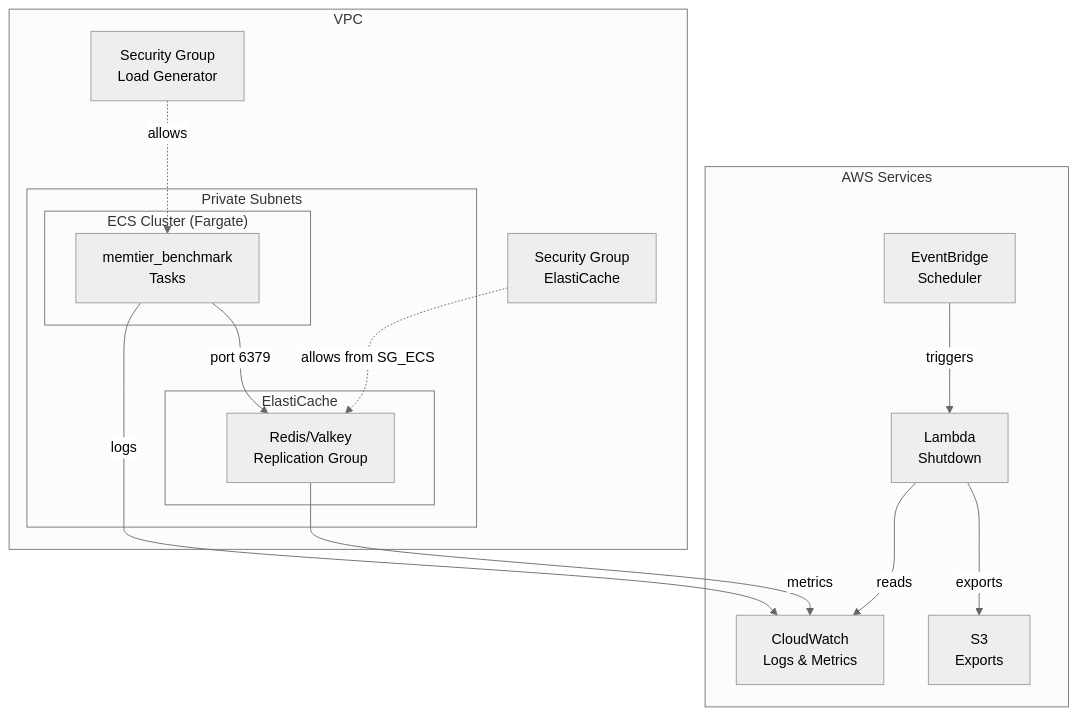
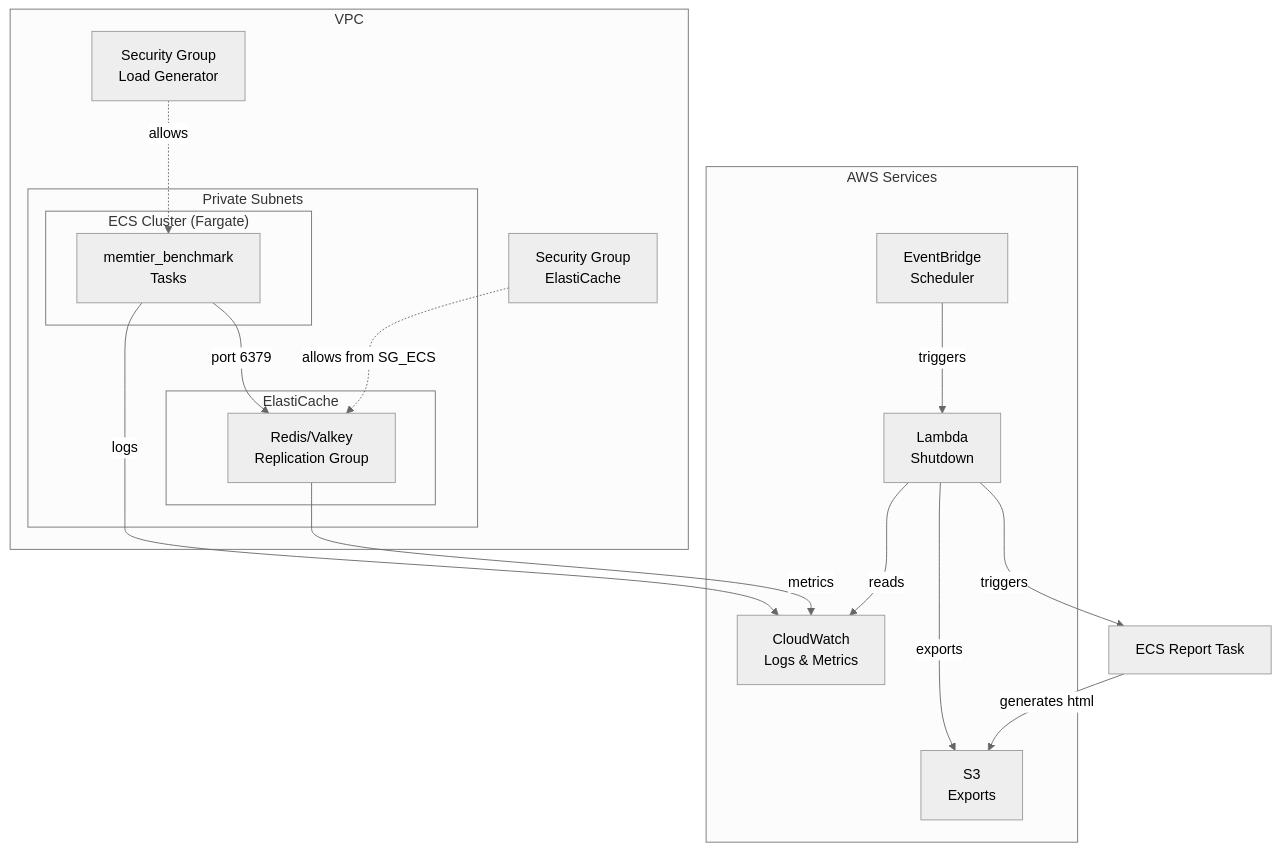
Before and after one commit to the-smallest-coder/tests-aws-elasticache-redis: the first of 2 diagrams in README.md, drawn with Mermaid (neutral theme). The commit also changed other lines of this file, not shown here.

First line of the commit message:
Add Report Generator ECS Task, Infrastructure and Documentation

````diff
--- a/README.md
+++ b/README.md
@@ -51,31 +51,33 @@
 ```mermaid
 flowchart TB
     subgraph VPC["VPC"]
         subgraph Subnets["Private Subnets"]
             subgraph ECS_Cluster["ECS Cluster (Fargate)"]
                 ECS_Tasks["memtier_benchmark<br/>Tasks"]
             end
             subgraph ElastiCache_Cluster["ElastiCache"]
                 Redis["Redis/Valkey<br/>Replication Group"]
             end
         end
         SG_ECS["Security Group<br/>Load Generator"]
         SG_EC["Security Group<br/>ElastiCache"]
     end
     
     subgraph AWS_Services["AWS Services"]
         EventBridge["EventBridge<br/>Scheduler"]
         Lambda["Lambda<br/>Shutdown"]
         CloudWatch["CloudWatch<br/>Logs & Metrics"]
         S3["S3<br/>Exports"]
     end
     
     ECS_Tasks -->|"port 6379"| Redis
     SG_ECS -.->|allows| ECS_Tasks
     SG_EC -.->|allows from SG_ECS| Redis
     ECS_Tasks -->|logs| CloudWatch
     Redis -->|metrics| CloudWatch
     EventBridge -->|triggers| Lambda
     Lambda -->|reads| CloudWatch
     Lambda -->|exports| S3
+    Lambda -->|triggers| ReportTask["ECS Report Task"]
+    ReportTask -->|generates html| S3
 ```
````
